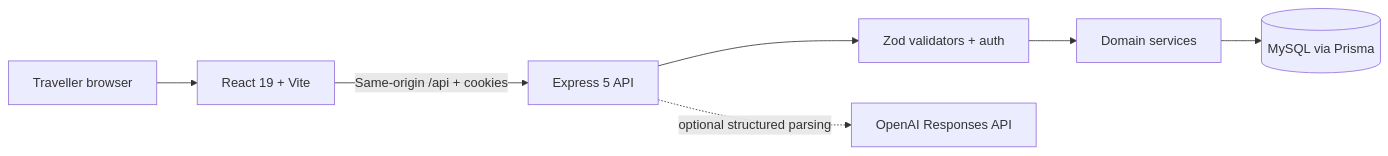
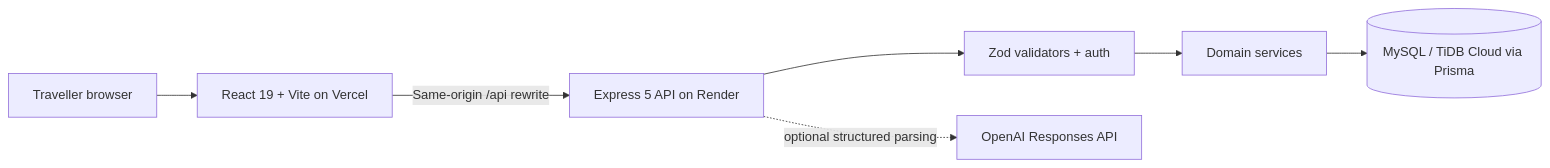
Before and after one commit to marsh15/busbooking-app: the diagram in README.md, drawn with Mermaid. The commit also changed other lines of this file and 32 other files, not shown here.

````diff
--- a/README.md
+++ b/README.md
@@ -18,9 +31,9 @@
 ```mermaid
 flowchart LR
-  B[Traveller browser] --> F[React 19 + Vite]
-  F -->|Same-origin /api + cookies| A[Express 5 API]
+  B[Traveller browser] --> F[React 19 + Vite on Vercel]
+  F -->|Same-origin /api rewrite| A[Express 5 API on Render]
   A --> V[Zod validators + auth]
   V --> S[Domain services]
-  S --> D[(MySQL via Prisma)]
+  S --> D[(MySQL / TiDB Cloud via Prisma)]
   A -. optional structured parsing .-> O[OpenAI Responses API]
 ```
````
